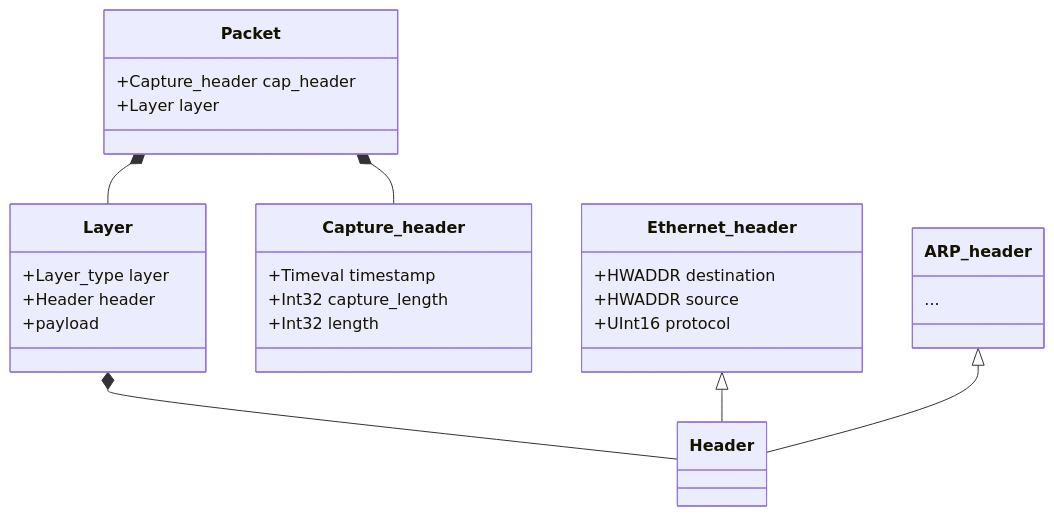
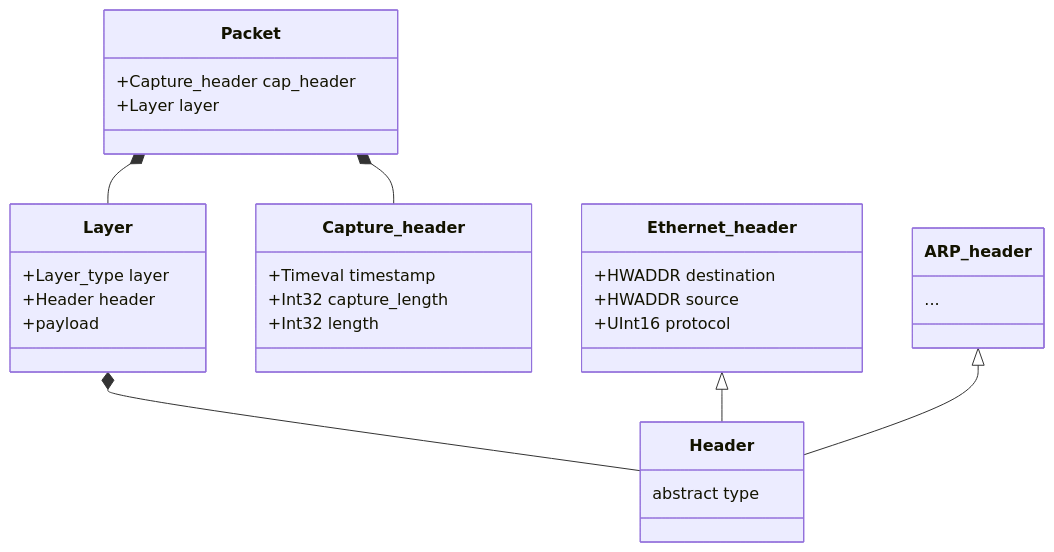
One commit to OscarCornish/Dissertation changed the fifth of 6 diagrams in fig/_figures.md. Above: the diagram before and after it, drawn with Mermaid. The commit also changed other lines of this file and 26 other files, not shown here.

````diff
--- a/fig/_figures.md
+++ b/fig/_figures.md
@@ -61,29 +61,29 @@
 ```mermaid
 classDiagram
 	class Packet{
 		+Capture_header cap_header
 		+Layer layer
 	}
 	Packet *-- Layer
 	Packet *-- Capture_header
 	class Capture_header{
 		+Timeval timestamp
 		+Int32 capture_length
 		+Int32 length
 	}
 	class Layer {
 		+Layer_type layer
 		+Header header
 		+payload
 	}
 	Layer *-- Header
-	class Header
+	class Header {abstract type}
 	Ethernet_header <|-- Header
 	ARP_header <|-- Header
 	class Ethernet_header{
 		+HWADDR destination
 		+HWADDR source
 		+UInt16 protocol
 	}
 	class ARP_header { ... }
 ```
````
